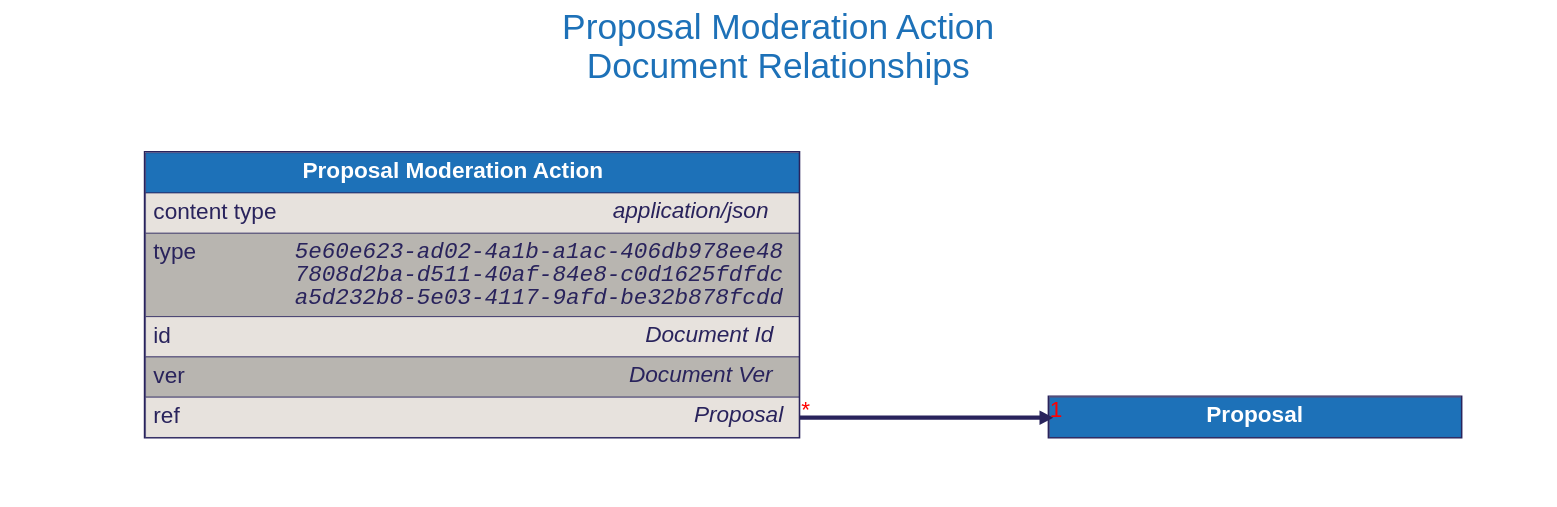
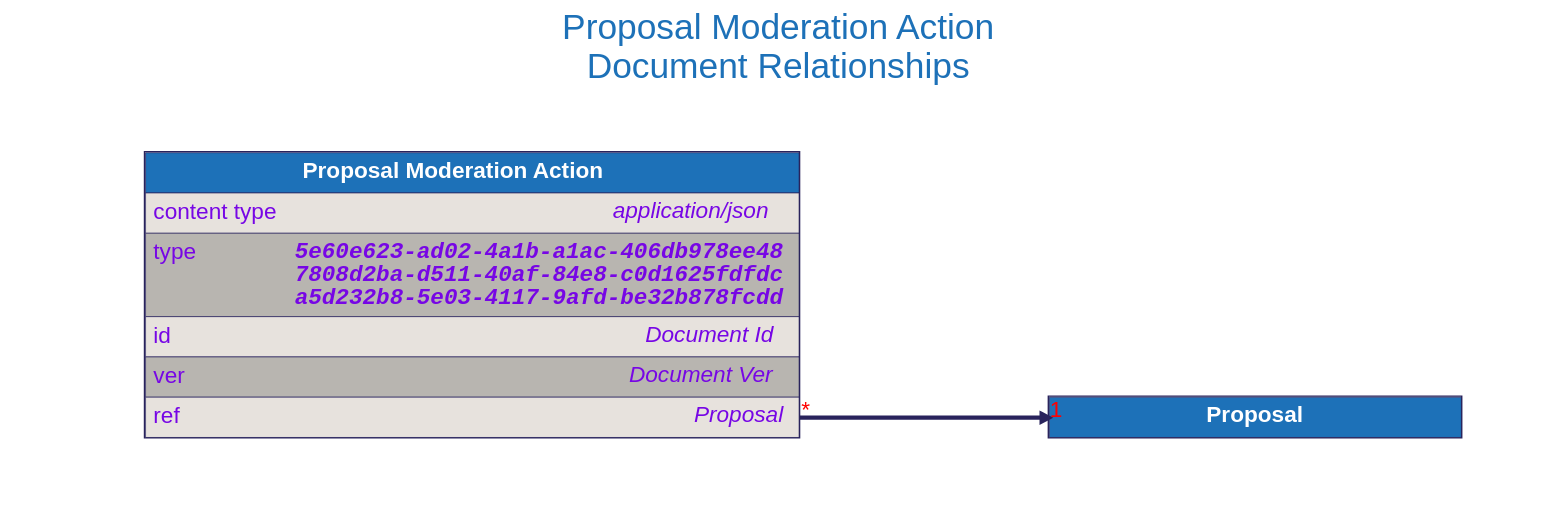
Before and after one commit to input-output-hk/catalyst-libs: the diagram in docs/src/architecture/08_concepts/signed_doc/diagrams/proposal_moderation_action.dot, drawn with Graphviz. The commit also changed 15 other files, not shown here.

```diff
--- a/docs/src/architecture/08_concepts/signed_doc/diagrams/proposal_moderation_action.dot
+++ b/docs/src/architecture/08_concepts/signed_doc/diagrams/proposal_moderation_action.dot
@@ -1,97 +1,97 @@
 digraph "Proposal Moderation Action" {
     rankdir="LR"
     graph [fontname="helvetica", fontsize="32", fontcolor="#29235c", bgcolor="white"];
     node [penwidth="0", margin="0", fontname="helvetica", fontsize="32", fontcolor="#29235c"];
     edge [fontname="helvetica", fontsize="32", fontcolor="red", color="#29235c"];
 
     labelloc="t"
     label="Proposal Moderation Action
 Document Relationships"
     fontcolor="#1d71b8"
     fontsize=50
     compound=true
 
 
 
     "Proposal" [
         id="Proposal";
         label=<
             <TABLE BORDER="2" COLOR="#29235c" CELLBORDER="1" CELLSPACING="0" CELLPADDING="10">
             <TR>
                 <TD PORT="title" BGCOLOR="#1d71b8" HREF="../proposal/">
                     <FONT COLOR="#ffffff"><B> Proposal </B></FONT>
                 </TD>
             </TR>
 
             </TABLE>
         >
     ];
 
 
     "Proposal Moderation Action" [
         id="Proposal Moderation Action";
         label=<
             <TABLE BORDER="2" COLOR="#29235c" CELLBORDER="1" CELLSPACING="0" CELLPADDING="10">
             <TR>
                 <TD PORT="title" BGCOLOR="#1d71b8" HREF="../proposal_moderation_action/">
                     <FONT COLOR="#ffffff"><B> Proposal Moderation Action </B></FONT>
                 </TD>
             </TR>
             <TR>
                 <TD ALIGN="LEFT" PORT="content type" BGCOLOR="#e7e2dd">
                     <TABLE CELLPADDING="0" CELLSPACING="0" BORDER="0">
                         <TR>
-                            <TD ALIGN="LEFT" VALIGN="TOP" WIDTH="200"><FONT>content type</FONT></TD>
-                            <TD ALIGN="RIGHT"><FONT><I>application/json</I></FONT></TD>
+                            <TD ALIGN="LEFT" VALIGN="TOP" WIDTH="200"><FONT COLOR="#7706E5">content type</FONT></TD>
+                            <TD ALIGN="RIGHT"><FONT COLOR="#7706E5"><I>application/json</I></FONT></TD>
                         </TR>
                     </TABLE>
                 </TD>
             </TR>
             <TR>
                 <TD ALIGN="LEFT" PORT="type" BGCOLOR="#b8b5b0">
                     <TABLE CELLPADDING="0" CELLSPACING="0" BORDER="0">
                         <TR>
-                            <TD ALIGN="LEFT" VALIGN="TOP" WIDTH="200"><FONT>type</FONT></TD>
-                            <TD ALIGN="RIGHT"><FONT FACE="Courier"><I>5e60e623-ad02-4a1b-a1ac-406db978ee48<BR />7808d2ba-d511-40af-84e8-c0d1625fdfdc<BR />a5d232b8-5e03-4117-9afd-be32b878fcdd</I></FONT></TD>
+                            <TD ALIGN="LEFT" VALIGN="TOP" WIDTH="200"><FONT COLOR="#7706E5">type</FONT></TD>
+                            <TD ALIGN="RIGHT"><FONT FACE="Courier" COLOR="#7706E5"><B><I>5e60e623-ad02-4a1b-a1ac-406db978ee48<BR />7808d2ba-d511-40af-84e8-c0d1625fdfdc<BR />a5d232b8-5e03-4117-9afd-be32b878fcdd</I></B></FONT></TD>
                         </TR>
                     </TABLE>
                 </TD>
             </TR>
             <TR>
                 <TD ALIGN="LEFT" PORT="id" BGCOLOR="#e7e2dd">
                     <TABLE CELLPADDING="0" CELLSPACING="0" BORDER="0">
                         <TR>
-                            <TD ALIGN="LEFT" VALIGN="TOP" WIDTH="200"><FONT>id</FONT></TD>
-                            <TD ALIGN="RIGHT"><FONT><I>Document Id</I></FONT></TD>
+                            <TD ALIGN="LEFT" VALIGN="TOP" WIDTH="200"><FONT COLOR="#7706E5">id</FONT></TD>
+                            <TD ALIGN="RIGHT"><FONT COLOR="#7706E5"><I>Document Id</I></FONT></TD>
                         </TR>
                     </TABLE>
                 </TD>
             </TR>
             <TR>
                 <TD ALIGN="LEFT" PORT="ver" BGCOLOR="#b8b5b0">
                     <TABLE CELLPADDING="0" CELLSPACING="0" BORDER="0">
                         <TR>
-                            <TD ALIGN="LEFT" VALIGN="TOP" WIDTH="200"><FONT>ver</FONT></TD>
-                            <TD ALIGN="RIGHT"><FONT><I>Document Ver</I></FONT></TD>
+                            <TD ALIGN="LEFT" VALIGN="TOP" WIDTH="200"><FONT COLOR="#7706E5">ver</FONT></TD>
+                            <TD ALIGN="RIGHT"><FONT COLOR="#7706E5"><I>Document Ver</I></FONT></TD>
                         </TR>
                     </TABLE>
                 </TD>
             </TR>
             <TR>
                 <TD ALIGN="LEFT" PORT="ref" BGCOLOR="#e7e2dd">
                     <TABLE CELLPADDING="0" CELLSPACING="0" BORDER="0">
                         <TR>
-                            <TD ALIGN="LEFT" VALIGN="TOP" WIDTH="200"><FONT>ref</FONT></TD>
-                            <TD ALIGN="RIGHT"><FONT><I>Proposal</I></FONT></TD>
+                            <TD ALIGN="LEFT" VALIGN="TOP" WIDTH="200"><FONT COLOR="#7706E5">ref</FONT></TD>
+                            <TD ALIGN="RIGHT"><FONT COLOR="#7706E5"><I>Proposal</I></FONT></TD>
                         </TR>
                     </TABLE>
                 </TD>
             </TR>
 
             </TABLE>
         >
     ];
 
 
     "Proposal Moderation Action":"ref":e -> "Proposal":"title":w [dir=forward, penwidth=6, color="#29235c", headlabel="1", taillabel="*"]
 }
```
